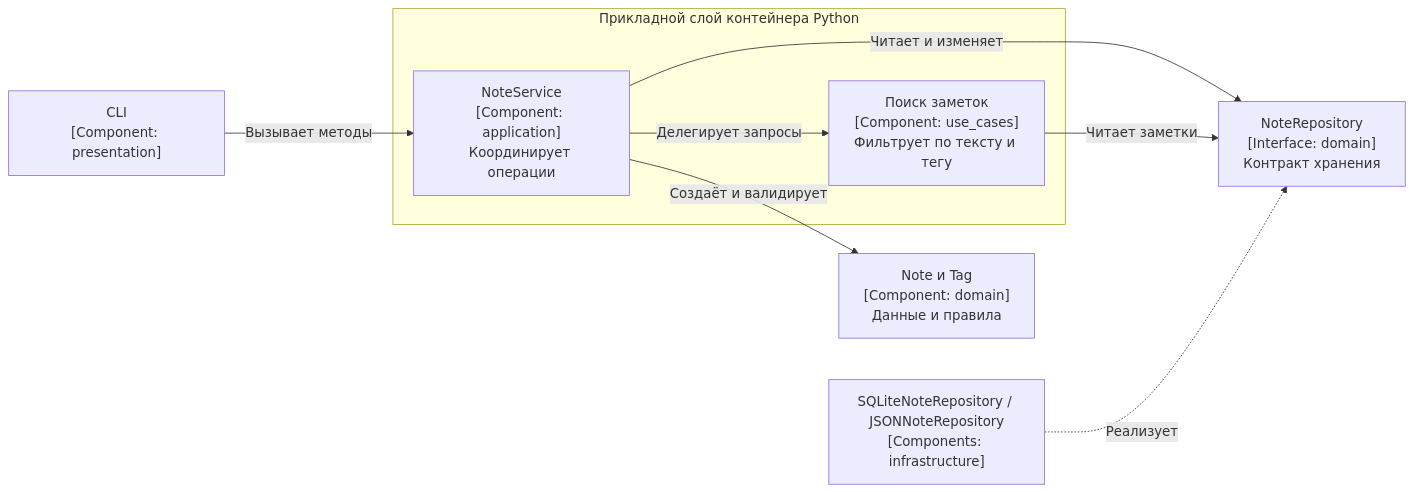
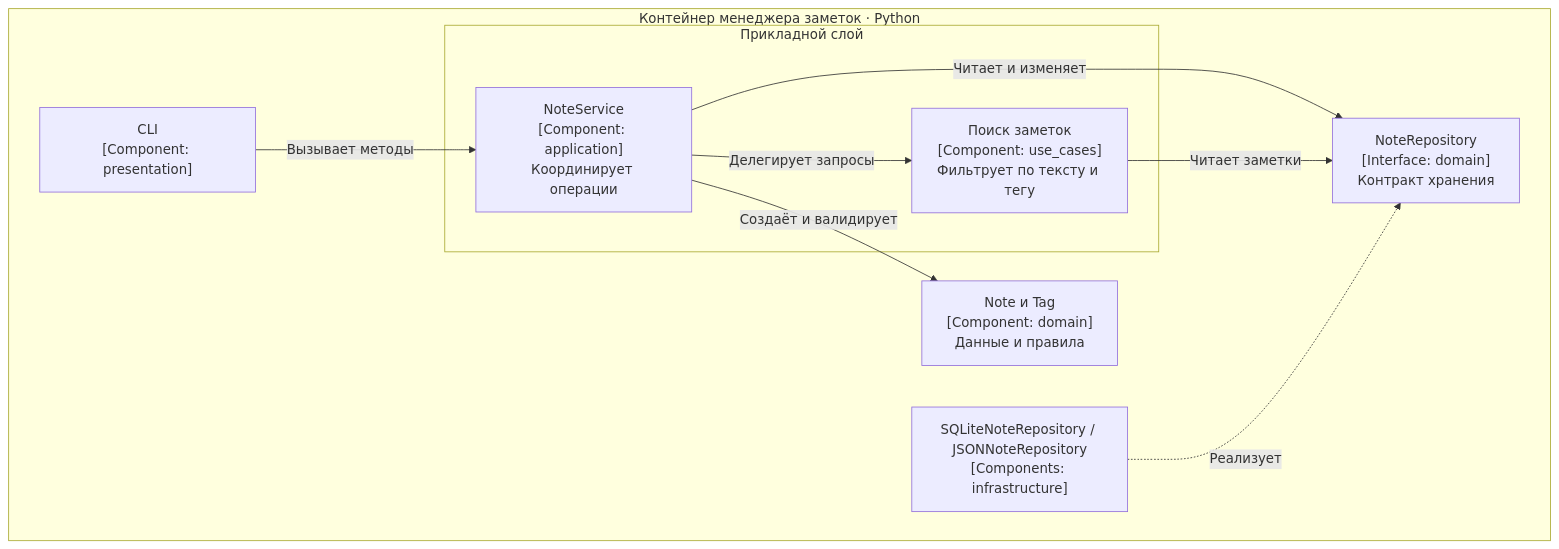
One commit to Reevan8899/variant-1-modular changed the second of 2 diagrams in docs/architecture.md. Above: the diagram before and after it, drawn with Mermaid.

Commit message:
docs: show components within the application container

````diff
--- a/docs/architecture.md
+++ b/docs/architecture.md
@@ -22,17 +22,19 @@
 ```mermaid
-flowchart LR
-    UI["CLI<br/>[Component: presentation]"]
-    subgraph App["Прикладной слой контейнера Python"]
-        N["NoteService<br/>[Component: application]<br/>Координирует операции"]
-        Q["Поиск заметок<br/>[Component: use_cases]<br/>Фильтрует по тексту и тегу"]
+flowchart TB
+    subgraph Python["Контейнер менеджера заметок · Python"]
+        UI["CLI<br/>[Component: presentation]"]
+        subgraph App["Прикладной слой"]
+            N["NoteService<br/>[Component: application]<br/>Координирует операции"]
+            Q["Поиск заметок<br/>[Component: use_cases]<br/>Фильтрует по тексту и тегу"]
+        end
+        D["Note и Tag<br/>[Component: domain]<br/>Данные и правила"]
+        P["NoteRepository<br/>[Interface: domain]<br/>Контракт хранения"]
+        S["SQLiteNoteRepository / JSONNoteRepository<br/>[Components: infrastructure]"]
     end
-    D["Note и Tag<br/>[Component: domain]<br/>Данные и правила"]
-    P["NoteRepository<br/>[Interface: domain]<br/>Контракт хранения"]
-    S["SQLiteNoteRepository / JSONNoteRepository<br/>[Components: infrastructure]"]
     UI -->|"Вызывает методы"| N
     N -->|"Делегирует запросы"| Q
     N -->|"Создаёт и валидирует"| D
     N -->|"Читает и изменяет"| P
     Q -->|"Читает заметки"| P
     S -.->|"Реализует"| P
 ```
````
